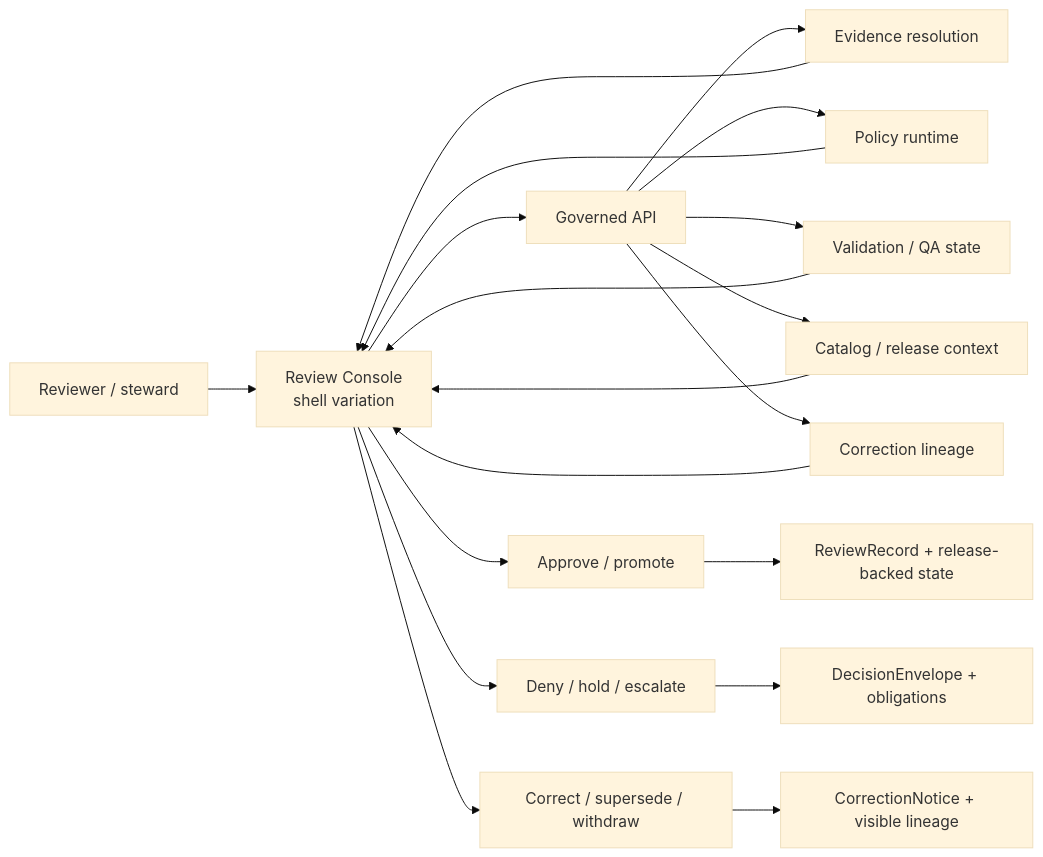
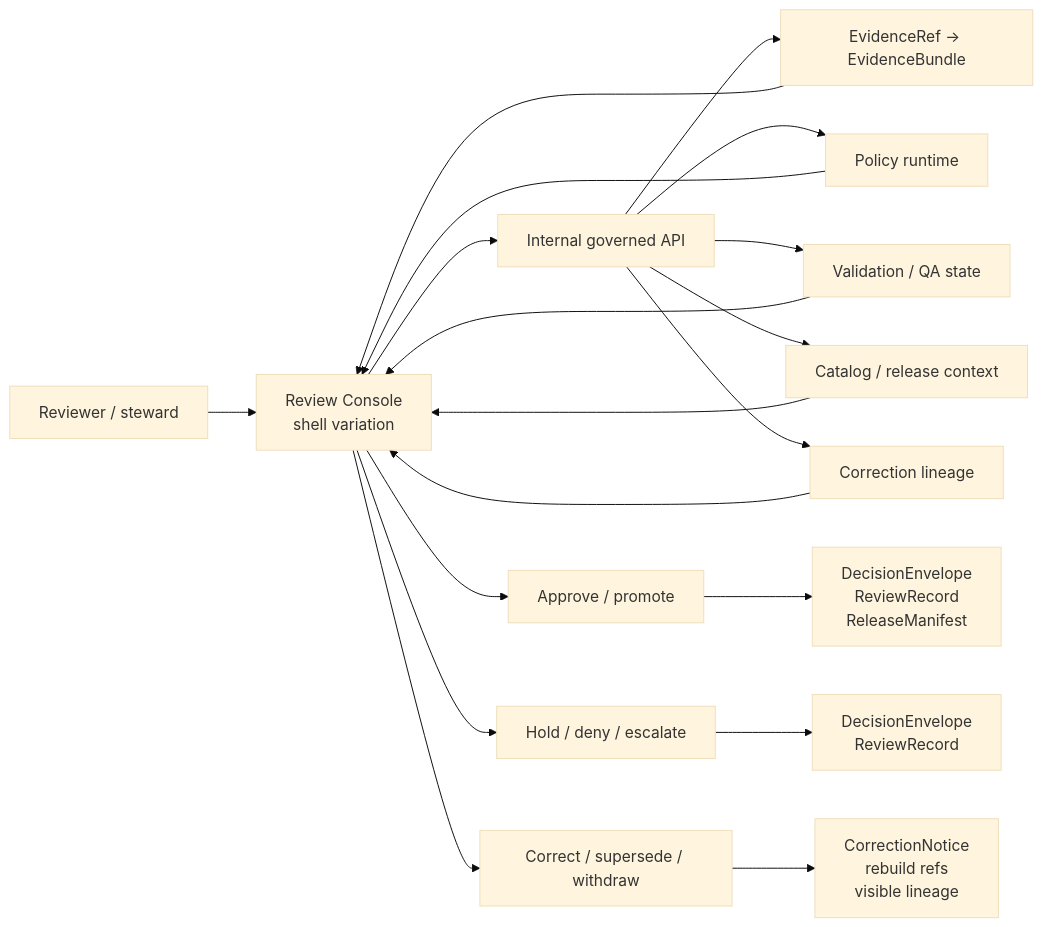
The diagram in apps/review-console/README.md (bartytime4life/Kansas-Frontier-Matrix), drawn with Mermaid (base theme) before and after one commit. The commit also changed other lines of this file, not shown here.

First line of the commit message:
Revise README for review console with detailed updates

````diff
--- a/apps/review-console/README.md
+++ b/apps/review-console/README.md
@@ -267,24 +292,25 @@
 ```mermaid
 flowchart LR
-    A[Reviewer / steward] --> B[Review Console<br/>shell variation]
-    B --> C[Governed API]
-    C --> D[Evidence resolution]
-    C --> E[Policy runtime]
-    C --> F[Validation / QA state]
-    C --> G[Catalog / release context]
-    C --> H[Correction lineage]
+    R[Reviewer / steward] --> S[Review Console<br/>shell variation]
 
-    D --> B
-    E --> B
-    F --> B
-    G --> B
-    H --> B
+    S --> API[Internal governed API]
+    API --> EV[EvidenceRef → EvidenceBundle]
+    API --> PO[Policy runtime]
+    API --> QA[Validation / QA state]
+    API --> RL[Catalog / release context]
+    API --> CL[Correction lineage]
 
-    B --> I[Approve / promote]
-    B --> J[Deny / hold / escalate]
-    B --> K[Correct / supersede / withdraw]
+    EV --> S
+    PO --> S
+    QA --> S
+    RL --> S
+    CL --> S
 
-    I --> L[ReviewRecord + release-backed state]
-    J --> M[DecisionEnvelope + obligations]
-    K --> N[CorrectionNotice + visible lineage]
+    S --> D1[Approve / promote]
+    S --> D2[Hold / deny / escalate]
+    S --> D3[Correct / supersede / withdraw]
+
+    D1 --> O1[DecisionEnvelope<br/>ReviewRecord<br/>ReleaseManifest]
+    D2 --> O2[DecisionEnvelope<br/>ReviewRecord]
+    D3 --> O3[CorrectionNotice<br/>rebuild refs<br/>visible lineage]
 ```
````
